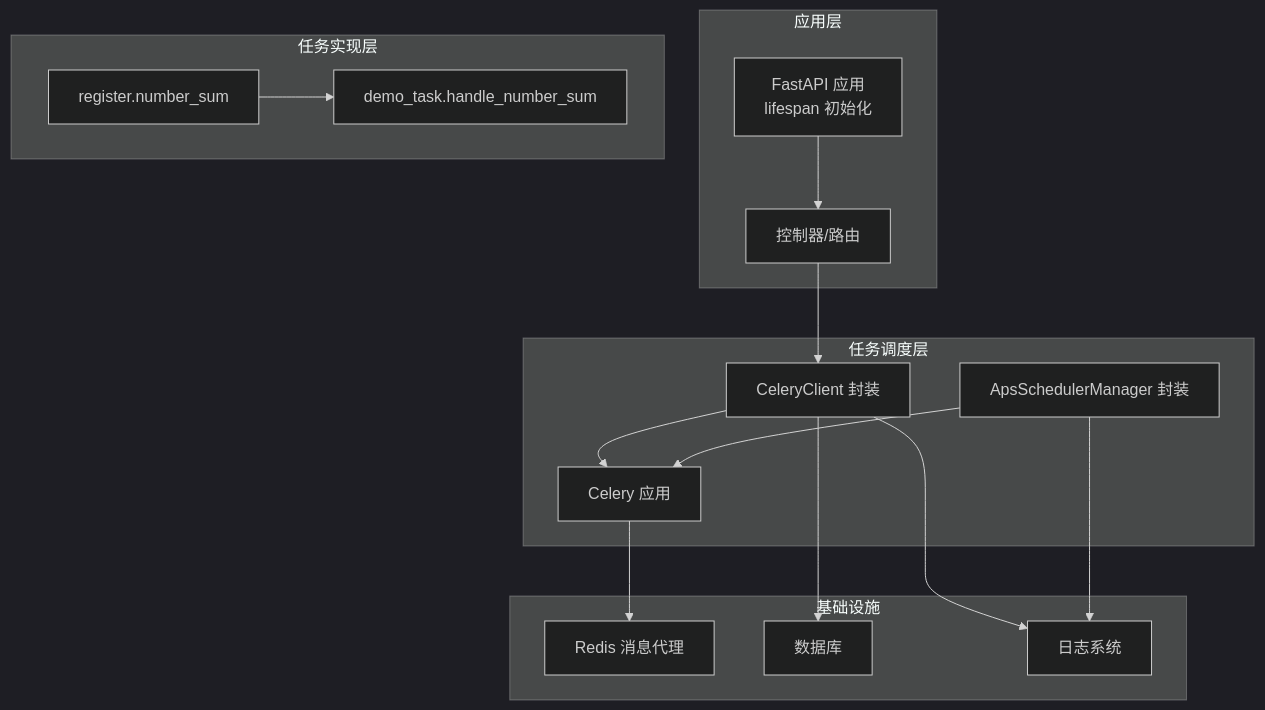
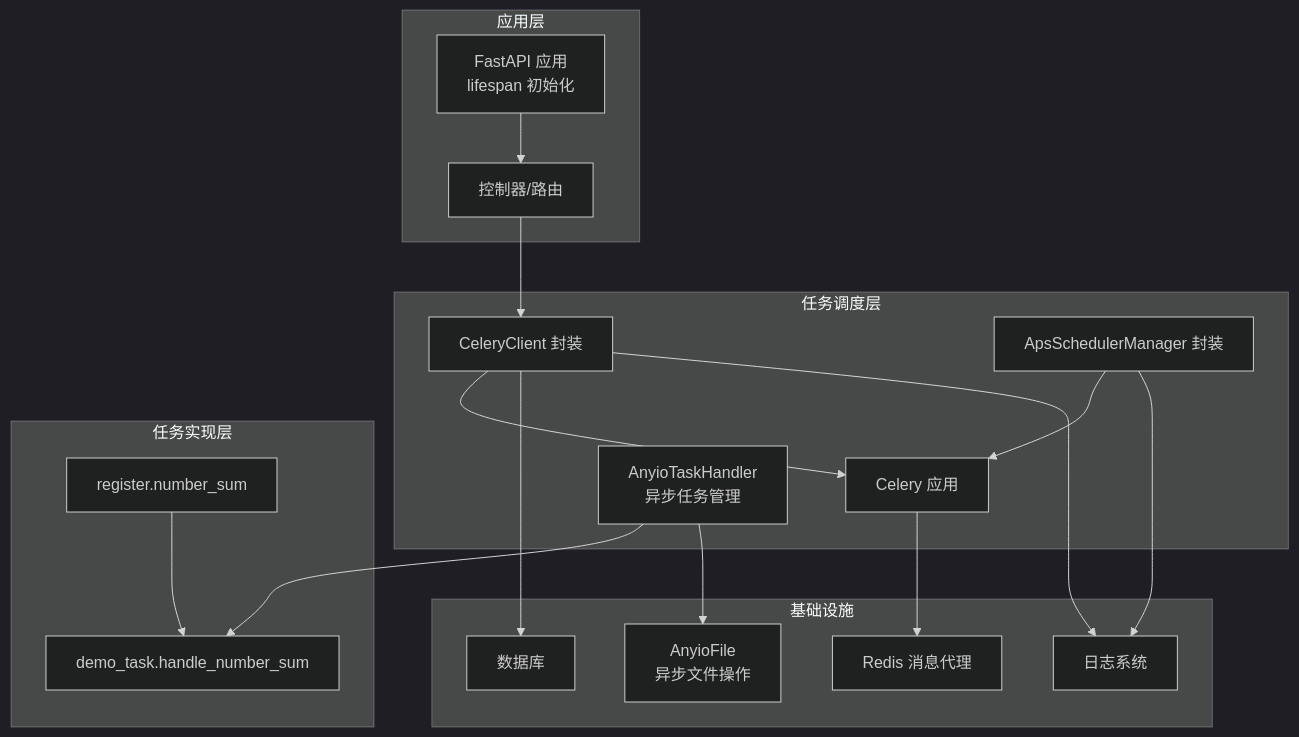
The first of 9 diagrams in .qoder/repowiki/zh/content/任务调度系统/任务调度系统.md (lilinzezzzzzz/fastapi-backend), drawn with Mermaid (dark theme) before and after one commit. The commit also changed other lines of this file and 38 other files, not shown here.

````diff
--- a/.qoder/repowiki/zh/content/任务调度系统/任务调度系统.md
+++ b/.qoder/repowiki/zh/content/任务调度系统/任务调度系统.md
@@ -46,30 +62,34 @@
 ```mermaid
 graph TB
 subgraph "应用层"
 FastAPI["FastAPI 应用<br/>lifespan 初始化"]
 Controllers["控制器/路由"]
 end
 subgraph "任务调度层"
 CeleryClient["CeleryClient 封装"]
 CeleryApp["Celery 应用"]
 APSchedulerMgr["ApsSchedulerManager 封装"]
+AnyioTaskMgr["AnyioTaskHandler<br/>异步任务管理"]
 end
 subgraph "任务实现层"
 DemoTask["demo_task.handle_number_sum"]
 CeleryTask["register.number_sum"]
 end
 subgraph "基础设施"
 Redis["Redis 消息代理"]
 DB["数据库"]
 Logger["日志系统"]
+AnyioFile["AnyioFile<br/>异步文件操作"]
 end
 FastAPI --> Controllers
 Controllers --> CeleryClient
 CeleryClient --> CeleryApp
 CeleryApp --> Redis
 CeleryTask --> DemoTask
 APSchedulerMgr --> CeleryApp
+AnyioTaskMgr --> DemoTask
+AnyioTaskMgr --> AnyioFile
 CeleryClient --> DB
 CeleryClient --> Logger
 APSchedulerMgr --> Logger
 ```
````
